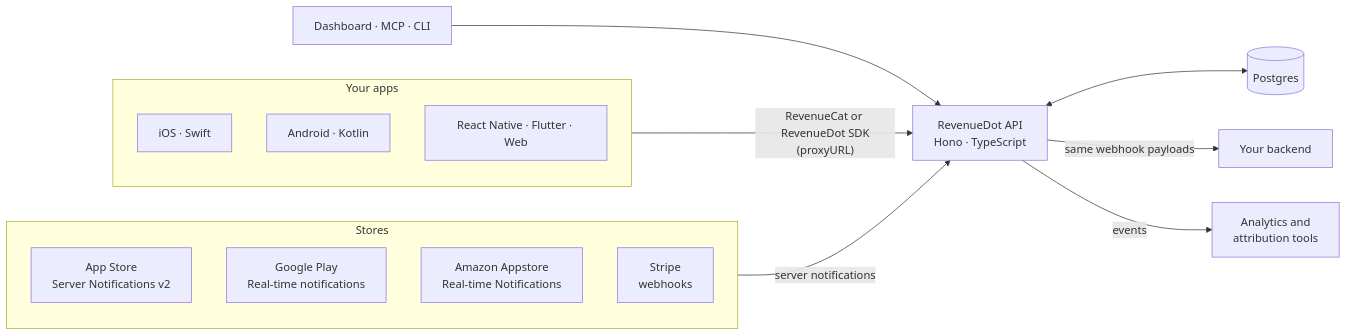
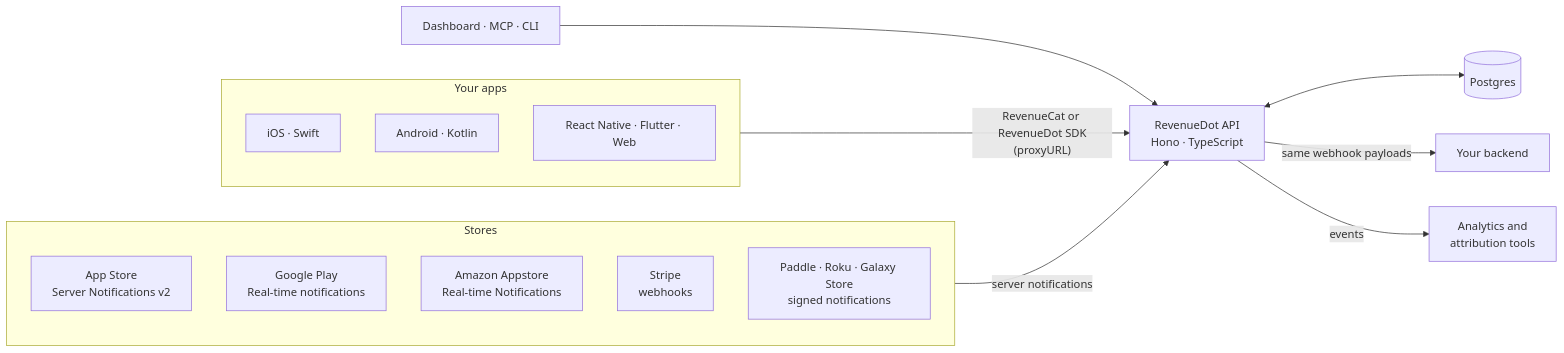
Before and after one commit to revenuedot/revenuedot: the first of 2 diagrams in README.md, drawn with Mermaid. The commit also changed other lines of this file and 6 other files, not shown here.

Commit message:
README, STATUS and site: Paddle, Roku and Galaxy Store are supported

````diff
--- a/README.md
+++ b/README.md
@@ -73,20 +73,21 @@
 ```mermaid
 flowchart LR
   subgraph Apps["Your apps"]
     iOS["iOS · Swift"]
     And["Android · Kotlin"]
     X["React Native · Flutter · Web"]
   end
   subgraph Stores["Stores"]
     AS["App Store<br/>Server Notifications v2"]
     GP["Google Play<br/>Real-time notifications"]
     AZ["Amazon Appstore<br/>Real-time Notifications"]
     ST["Stripe<br/>webhooks"]
+    MORE["Paddle · Roku · Galaxy Store<br/>signed notifications"]
   end
   Apps -- "RevenueCat or RevenueDot SDK<br/>(proxyURL)" --> API["RevenueDot API<br/>Hono · TypeScript"]
   Stores -- "server notifications" --> API
   API <--> DB[("Postgres")]
   API -- "same webhook payloads" --> BE["Your backend"]
   API -- "events" --> INT["Analytics and<br/>attribution tools"]
   DASH["Dashboard · MCP · CLI"] --> API
 ```
````
